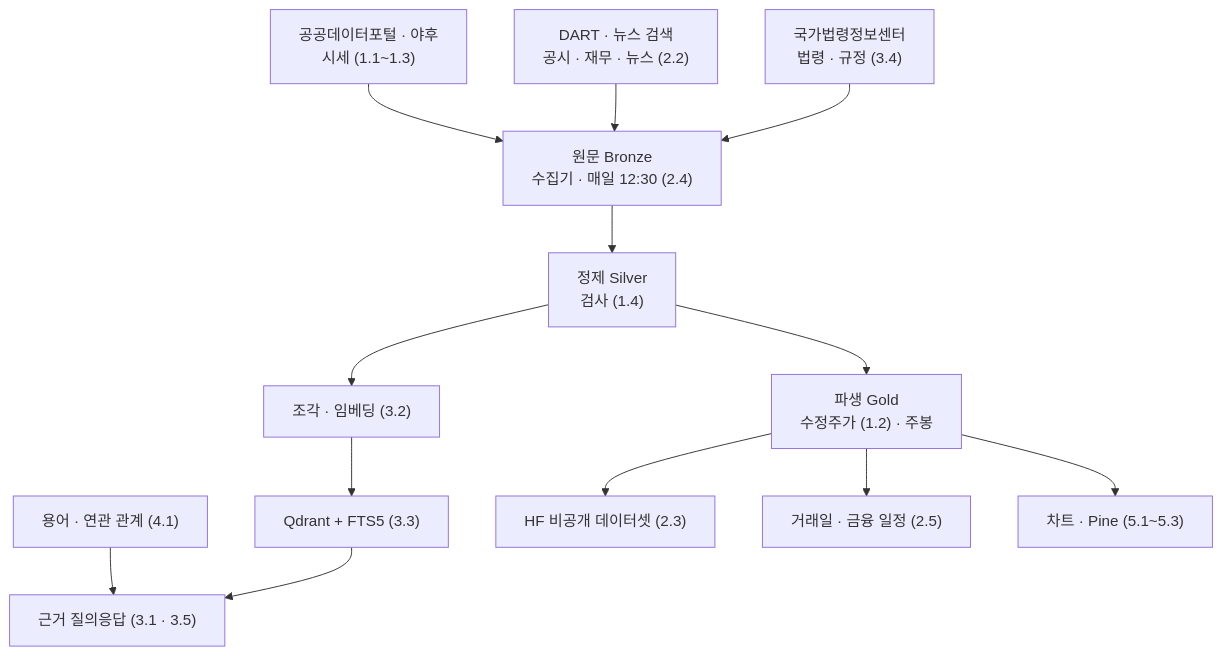
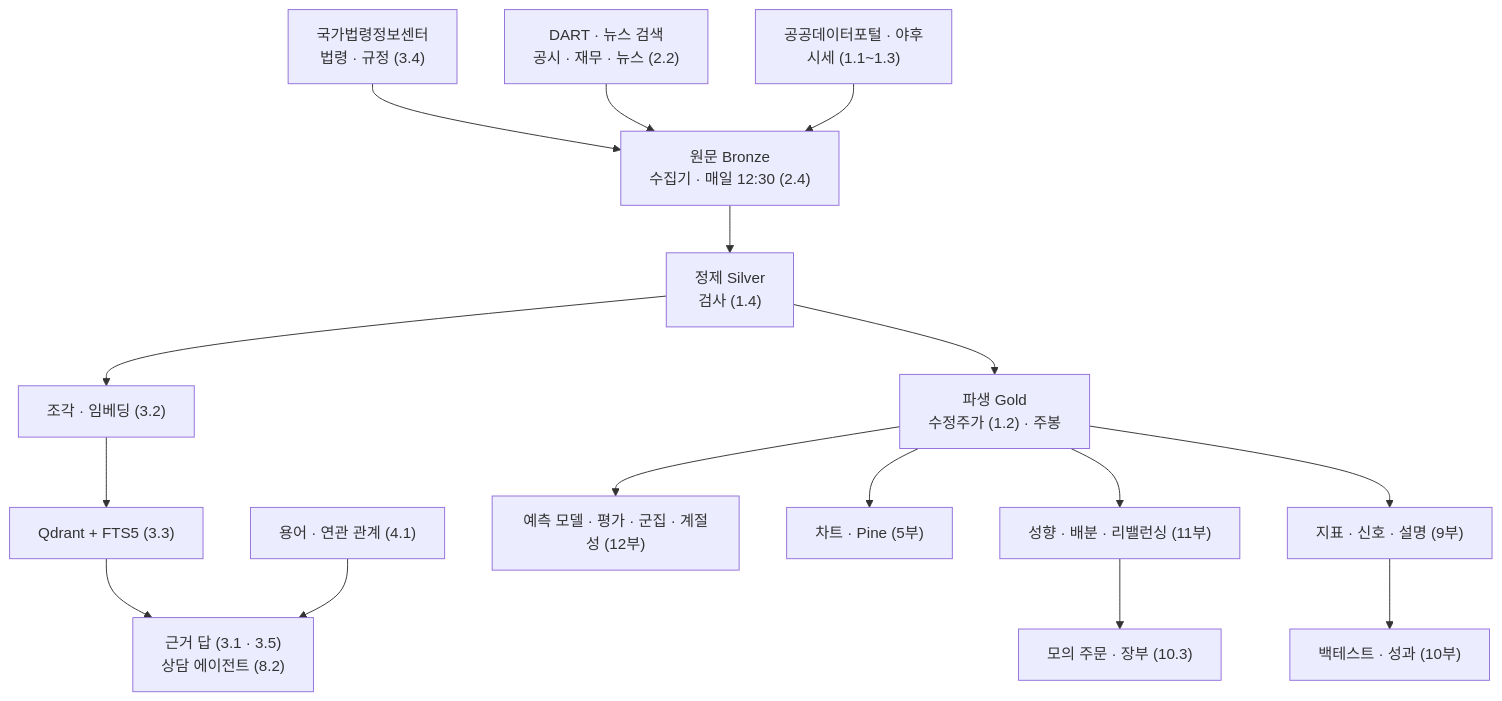
One commit to EST-team-project/Qurious changed the diagram in public/learn/content/map.md. Above: the diagram before and after it, drawn with Mermaid. The commit also changed other lines of this file and 192 other files, not shown here.

````diff
--- a/public/learn/content/map.md
+++ b/public/learn/content/map.md
@@ -43,15 +48,18 @@
 ```mermaid
 flowchart TB
     P["공공데이터포털 · 야후<br/>시세 (1.1~1.3)"] --> B
     D["DART · 뉴스 검색<br/>공시 · 재무 · 뉴스 (2.2)"] --> B
     L["국가법령정보센터<br/>법령 · 규정 (3.4)"] --> B
     B["원문 Bronze<br/>수집기 · 매일 12:30 (2.4)"] --> S["정제 Silver<br/>검사 (1.4)"]
     S --> G["파생 Gold<br/>수정주가 (1.2) · 주봉"]
     S --> I["조각 · 임베딩 (3.2)"]
     I --> Q["Qdrant + FTS5 (3.3)"]
     T["용어 · 연관 관계 (4.1)"] --> ASK
-    Q --> ASK["근거 질의응답 (3.1 · 3.5)"]
-    G --> HF["HF 비공개 데이터셋 (2.3)"]
-    G --> CAL["거래일 · 금융 일정 (2.5)"]
-    G --> CH["차트 · Pine (5.1~5.3)"]
+    Q --> ASK["근거 답 (3.1 · 3.5)<br/>상담 에이전트 (8.2)"]
+    G --> SIG["지표 · 신호 · 설명 (9부)"]
+    SIG --> BT["백테스트 · 성과 (10부)"]
+    G --> AL["성향 · 배분 · 리밸런싱 (11부)"]
+    AL --> ORD["모의 주문 · 장부 (10.3)"]
+    G --> CH["차트 · Pine (5부)"]
+    G --> ML["예측 모델 · 평가 · 군집 · 계절성 (12부)"]
 ```
````
